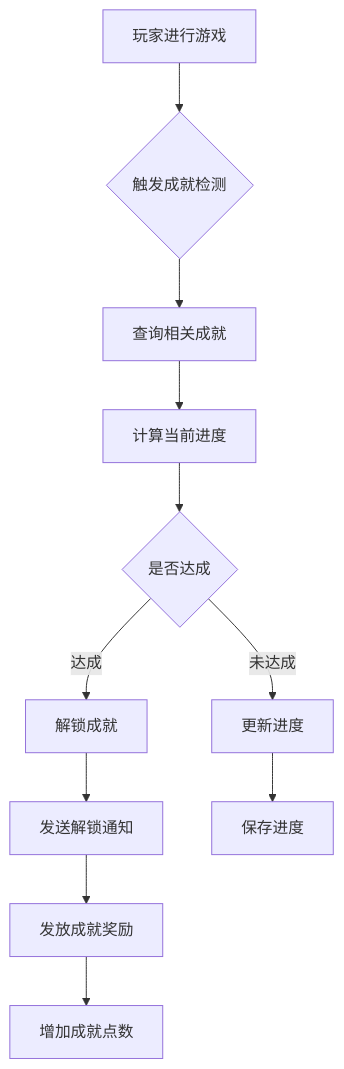
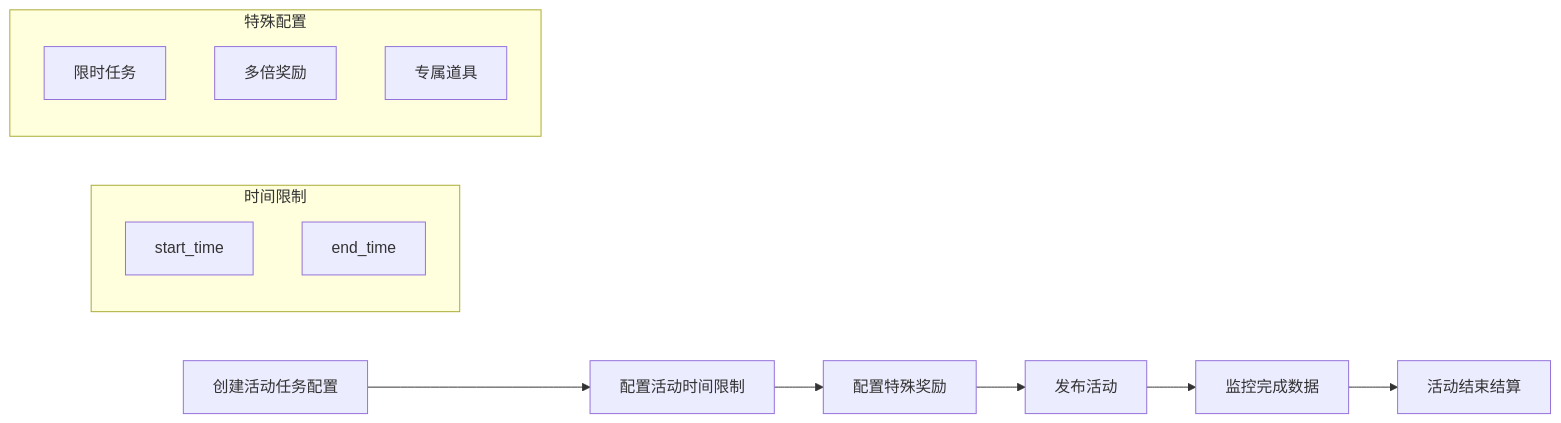
The tenth of 10 diagrams in docs/Module_Quest/05_完整说明.md (Alan-Ben/k2c_game_framework), drawn with Mermaid before and after one commit. The commit also changed other lines of this file and 75 other files, not shown here.

````diff
--- a/docs/Module_Quest/05_完整说明.md
+++ b/docs/Module_Quest/05_完整说明.md
@@ -158,13 +857,19 @@
 ```mermaid
-flowchart TD
-    A[玩家进行游戏] --> B{触发成就检测}
-    B --> C[查询相关成就]
-    C --> D[计算当前进度]
-    D --> E{是否达成}
-    E -->|达成| F[解锁成就]
-    E -->|未达成| G[更新进度]
-    F --> H[发送解锁通知]
-    H --> I[发放成就奖励]
-    I --> J[增加成就点数]
-    G --> K[保存进度]
+flowchart LR
+    A[创建活动任务配置] --> B[配置活动时间限制]
+    B --> C[配置特殊奖励]
+    C --> D[发布活动]
+    D --> E[监控完成数据]
+    E --> F[活动结束结算]
+
+    subgraph 时间限制
+        G[start_time]
+        H[end_time]
+    end
+
+    subgraph 特殊配置
+        I[限时任务]
+        J[多倍奖励]
+        K[专属道具]
+    end
 ```
````
